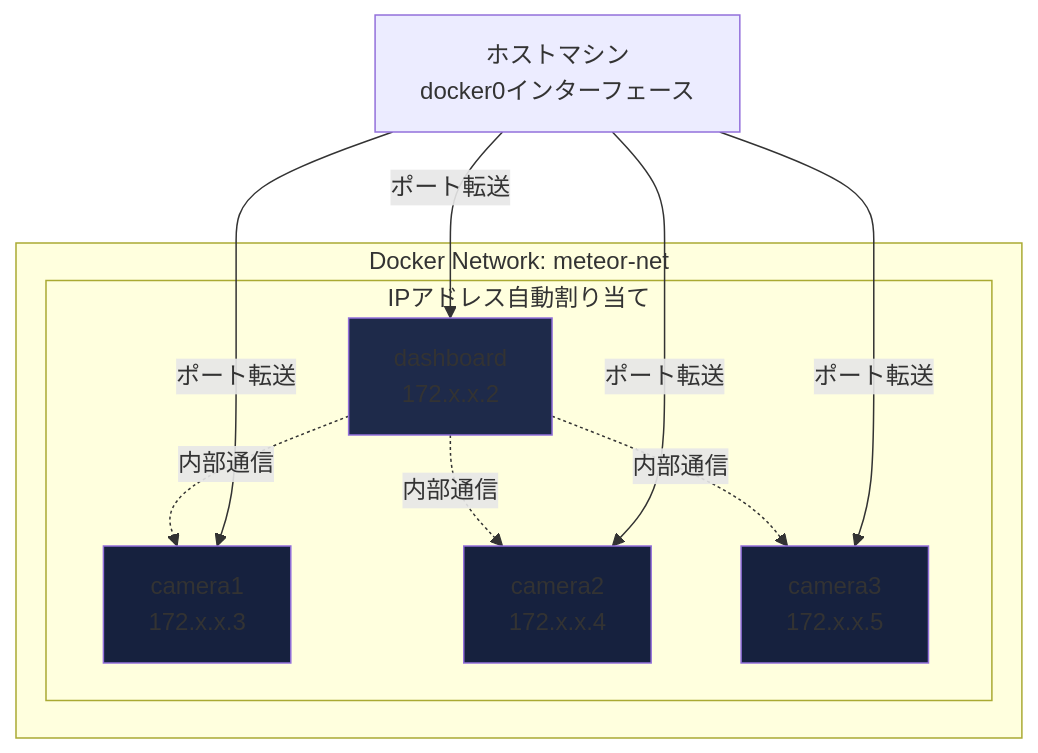
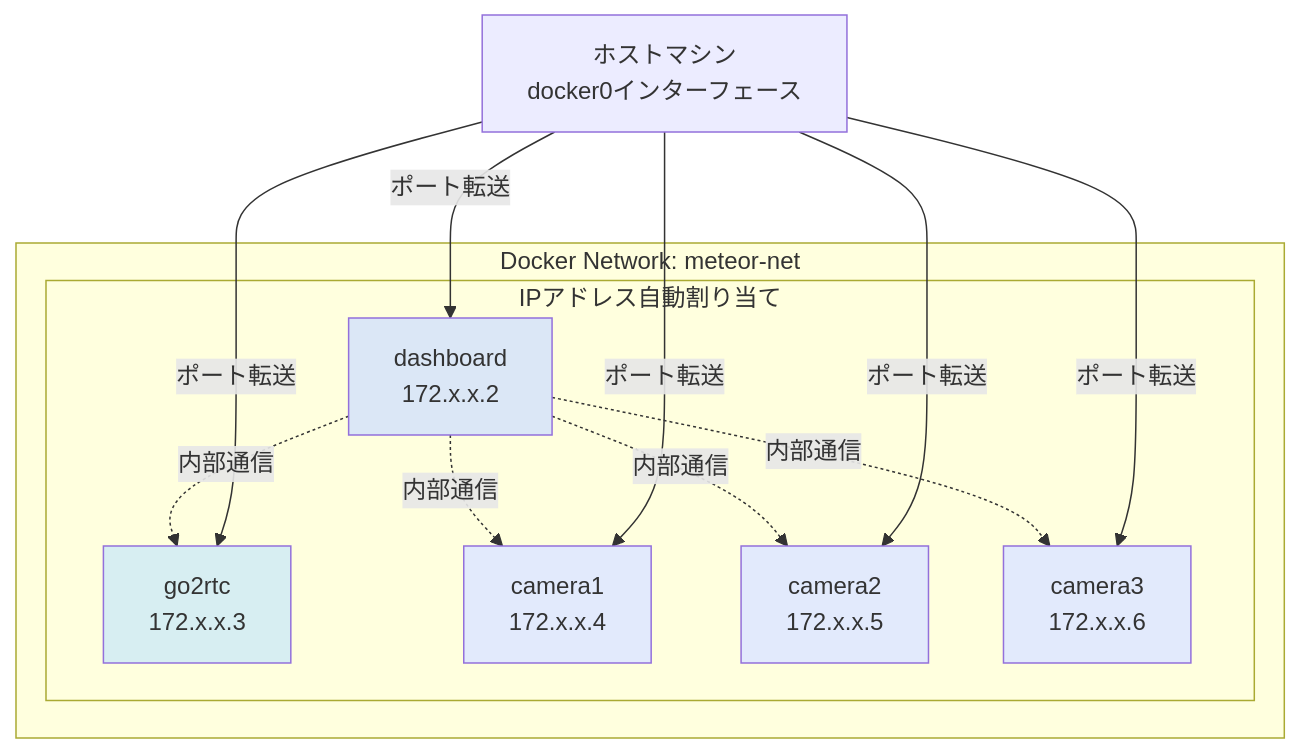
Before and after one commit to Masakai/meteo: the fifth of 10 diagrams in documents/DOCKER_ARCHITECTURE.md, drawn with Mermaid. The commit also changed other lines of this file and 8 other files, not shown here.

Commit message:
- Mermaidダイアグラム用スタイルのカラーパレットを調整   - セーフティカラーを温和なトーンへ変更   - Mermaidテーマ設定のドキュメントやスクリプトを更新 - WebRTC/Go2RTC関連のドキュメント強化   - `go2rtc` コンテナ仕様、図解を追加   - ダッシュボード埋め込み方式とストリーミング設定を反映   - 構築手順にポートや依存関係情報を補足

````diff
--- a/documents/DOCKER_ARCHITECTURE.md
+++ b/documents/DOCKER_ARCHITECTURE.md
@@ -246,27 +318,31 @@
 ```mermaid
 graph TB
     subgraph "Docker Network: meteor-net"
         subgraph "IPアドレス自動割り当て"
             Dashboard["dashboard<br/>172.x.x.2"]
-            Camera1["camera1<br/>172.x.x.3"]
-            Camera2["camera2<br/>172.x.x.4"]
-            Camera3["camera3<br/>172.x.x.5"]
+            Go2RTC["go2rtc<br/>172.x.x.3"]
+            Camera1["camera1<br/>172.x.x.4"]
+            Camera2["camera2<br/>172.x.x.5"]
+            Camera3["camera3<br/>172.x.x.6"]
         end
     end
 
     Host["ホストマシン<br/>docker0インターフェース"]
 
     Dashboard -.->|"内部通信"| Camera1
     Dashboard -.->|"内部通信"| Camera2
     Dashboard -.->|"内部通信"| Camera3
+    Dashboard -.->|"内部通信"| Go2RTC
 
     Host -->|"ポート転送"| Dashboard
+    Host -->|"ポート転送"| Go2RTC
     Host -->|"ポート転送"| Camera1
     Host -->|"ポート転送"| Camera2
     Host -->|"ポート転送"| Camera3
 
-    style Dashboard fill:#1e2a4a
-    style Camera1 fill:#16213e
-    style Camera2 fill:#16213e
-    style Camera3 fill:#16213e
+    style Dashboard fill:#dbe7f6
+    style Go2RTC fill:#d7eef2
+    style Camera1 fill:#e2eafc
+    style Camera2 fill:#e2eafc
+    style Camera3 fill:#e2eafc
 ```
````
